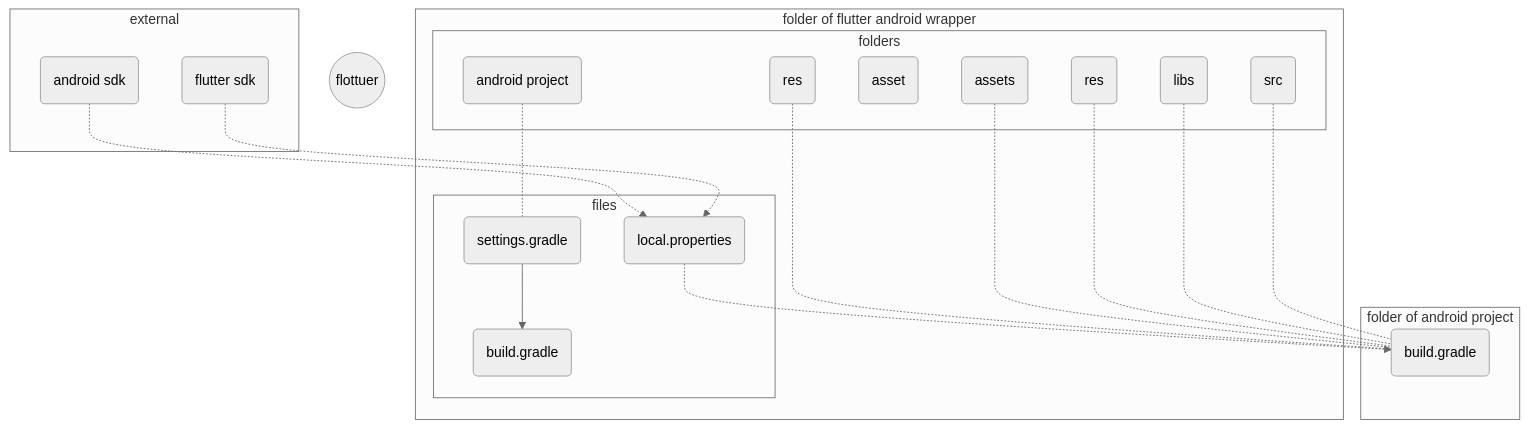
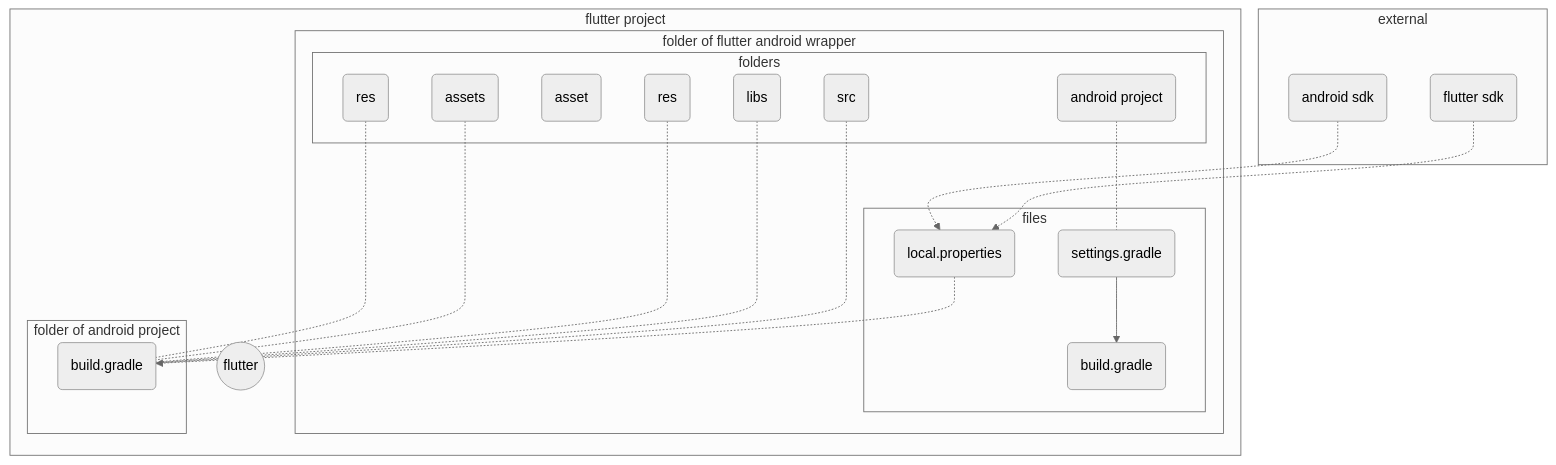
One commit to gordianknotC/nxp_note changed the second of 2 diagrams in flutter/addAndroidProjIntoFlutter.md. Above: the diagram before and after it, drawn with Mermaid (neutral theme). The commit also changed other lines of this file, not shown here.

Commit message:
flutter/addAndroidProjIntoFlutter.md updated from https://stackedit.io/

````diff
--- a/flutter/addAndroidProjIntoFlutter.md
+++ b/flutter/addAndroidProjIntoFlutter.md
@@ -228,42 +228,46 @@
 ```mermaid
 
 graph TB
-	subgraph folder of flutter android wrapper
-		subgraph files
-			WS(settings.gradle) --> WB(build.gradle)
-			WL(local.properties)
+	subgraph flutter project
+		F((flutter))
+		subgraph folder of flutter android wrapper
+			subgraph files
+				WS(settings.gradle) --> WB(build.gradle)
+				WL(local.properties)
+			end
+			
+			subgraph folders
+				WR(res)
+				WP(android project)
+				WT(asset)
+			end
 		end
 		
-		subgraph folders
-			WR(res)
-			WP(android project)
-			WT(asset)
-		end
+		subgraph folder of android project
+			AB(build.gradle)
+			 subgraph folders
+				 AR(res) 
+				 AT(assets)
+				 AL(libs)
+				 AC(src)
+			 end
+		end	 
 	end
-	
-	subgraph folder of android project
-		AB(build.gradle)
-		 subgraph folders
-			 AR(res) 
-			 AT(assets)
-			 AL(libs)
-			 AC(src)
-		 end
-	end	 
+
 	
 	WP -.- WS
 	WR -.- AB
 	AT -.- AB
 	AR -.- AB
 	AL -.- AB
 	AC -.- AB
 	WL -.-> AB
 	
 	subgraph external
 		ADK(android sdk)-.->WL
 		FDK(flutter sdk)-.->WL
 	end
 	
-	F((flottuer))
+	
 
 ```
````
